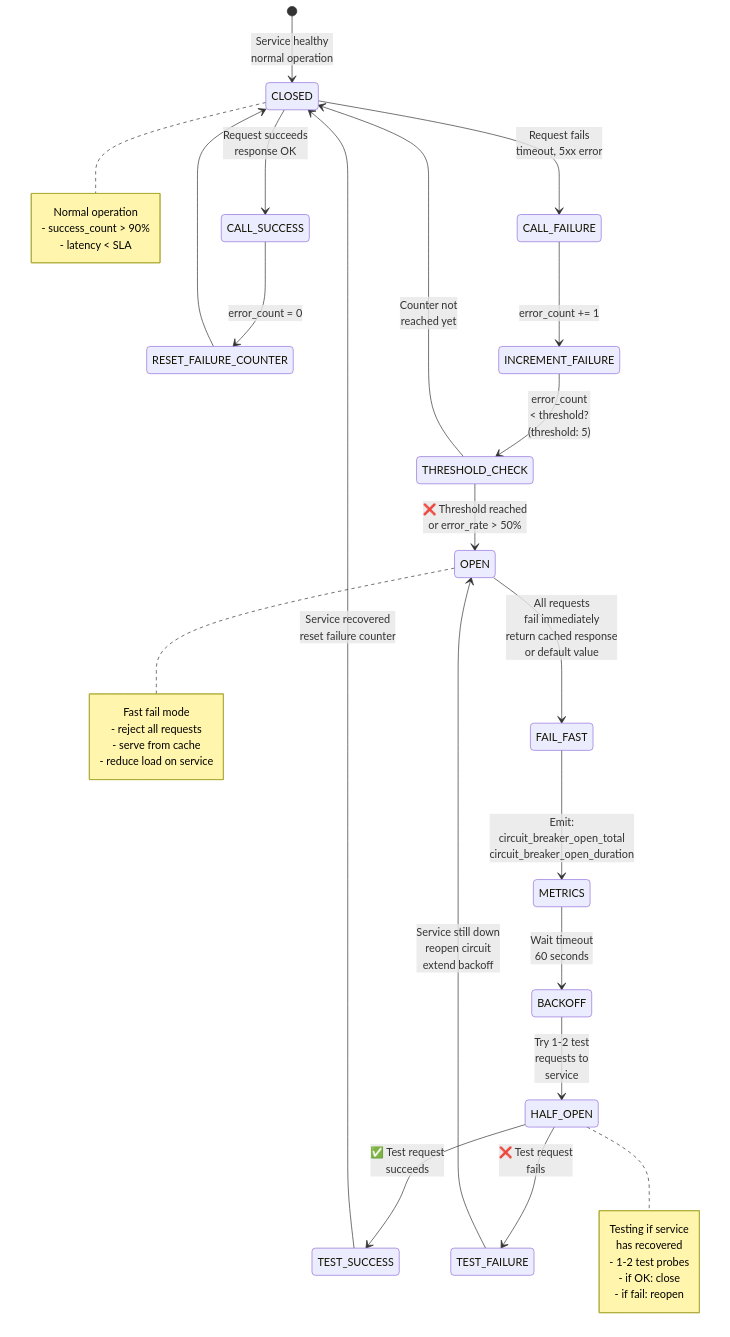
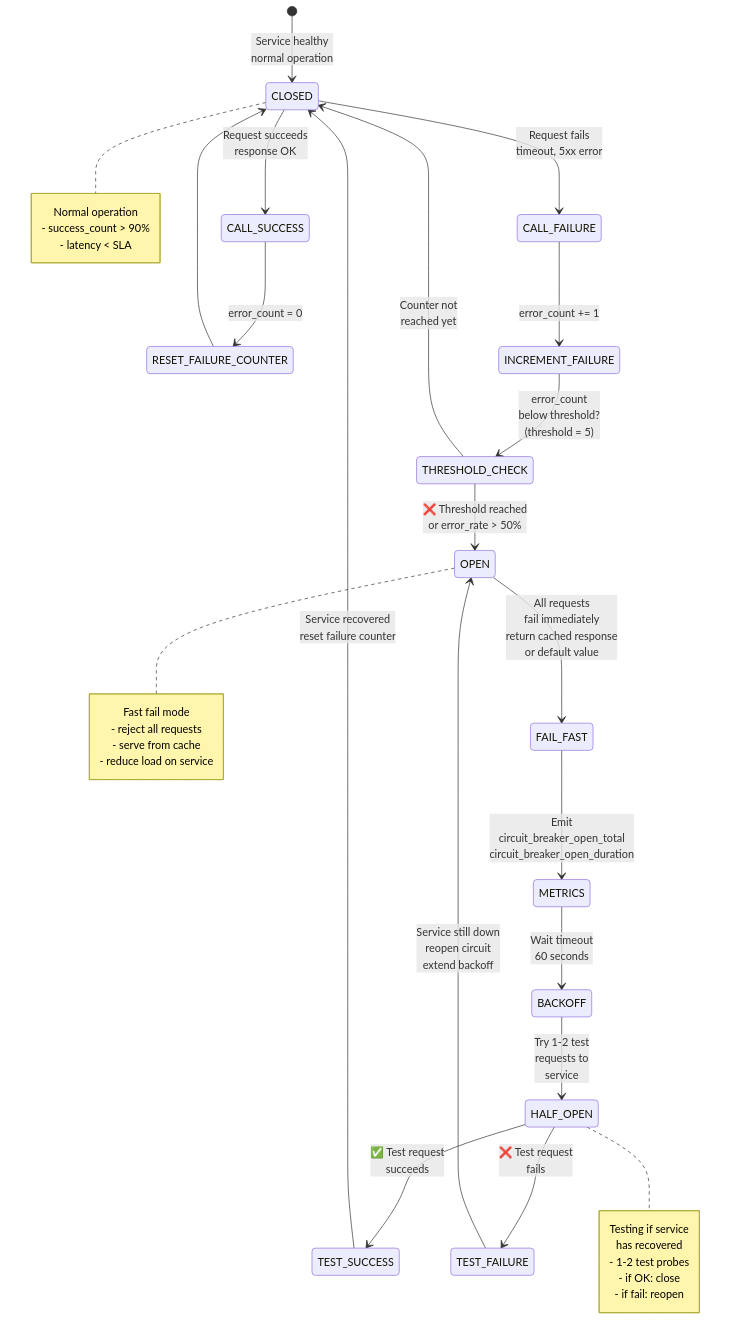
One commit to sunitakeazycommerz-a11y/InstaCommerce changed the fifth of 6 diagrams in docs/services/admin-gateway-service/diagrams-v2/05-state-machine.md. Above: the diagram before and after it, drawn with Mermaid. The commit also changed other lines of this file and 13 other files, not shown here.

````diff
--- a/docs/services/admin-gateway-service/diagrams-v2/05-state-machine.md
+++ b/docs/services/admin-gateway-service/diagrams-v2/05-state-machine.md
@@ -285,57 +285,57 @@
 ```mermaid
 stateDiagram-v2
     [*] --> CLOSED: Service healthy<br/>normal operation
 
     CLOSED --> CALL_SUCCESS: Request succeeds<br/>response OK
 
     CALL_SUCCESS --> RESET_FAILURE_COUNTER: error_count = 0
 
     RESET_FAILURE_COUNTER --> CLOSED
 
     CLOSED --> CALL_FAILURE: Request fails<br/>timeout, 5xx error
 
     CALL_FAILURE --> INCREMENT_FAILURE: error_count += 1
 
-    INCREMENT_FAILURE --> THRESHOLD_CHECK: error_count<br/>< threshold?<br/>(threshold: 5)
+    INCREMENT_FAILURE --> THRESHOLD_CHECK: error_count<br/>below threshold?<br/>(threshold = 5)
 
     THRESHOLD_CHECK --> CLOSED: Counter not<br/>reached yet
 
     THRESHOLD_CHECK --> OPEN: ❌ Threshold reached<br/>or error_rate > 50%
 
     OPEN --> FAIL_FAST: All requests<br/>fail immediately<br/>return cached response<br/>or default value
 
-    FAIL_FAST --> METRICS: Emit:<br/>circuit_breaker_open_total<br/>circuit_breaker_open_duration
+    FAIL_FAST --> METRICS: Emit<br/>circuit_breaker_open_total<br/>circuit_breaker_open_duration
 
     METRICS --> BACKOFF: Wait timeout<br/>60 seconds
 
     BACKOFF --> HALF_OPEN: Try 1-2 test<br/>requests to<br/>service
 
     HALF_OPEN --> TEST_SUCCESS: ✅ Test request<br/>succeeds
 
     HALF_OPEN --> TEST_FAILURE: ❌ Test request<br/>fails
 
     TEST_SUCCESS --> CLOSED: Service recovered<br/>reset failure counter
 
     TEST_FAILURE --> OPEN: Service still down<br/>reopen circuit<br/>extend backoff
 
     note right of CLOSED
         Normal operation
         - success_count > 90%
         - latency < SLA
     end note
 
     note right of OPEN
         Fast fail mode
         - reject all requests
         - serve from cache
         - reduce load on service
     end note
 
     note right of HALF_OPEN
         Testing if service
         has recovered
         - 1-2 test probes
         - if OK: close
         - if fail: reopen
     end note
 ```
````
